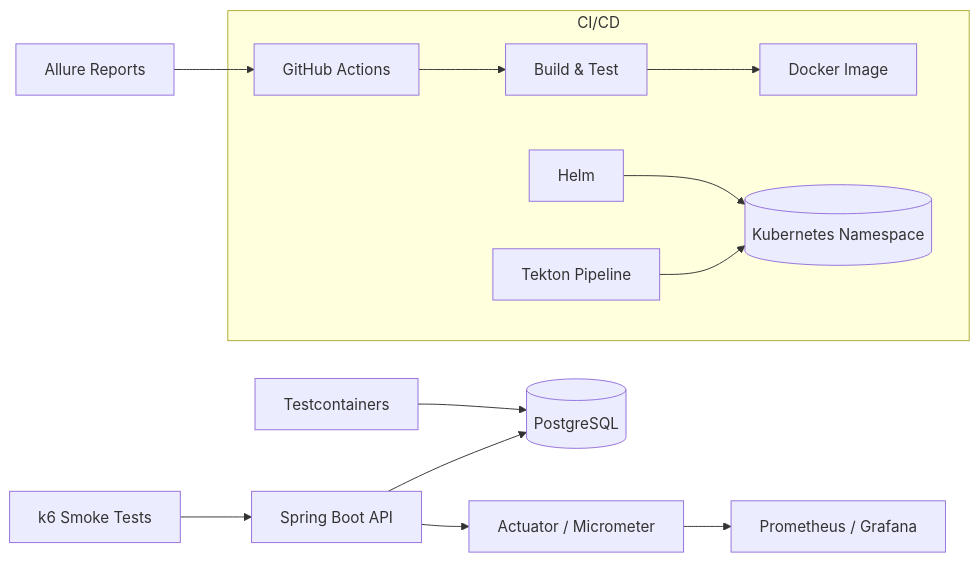
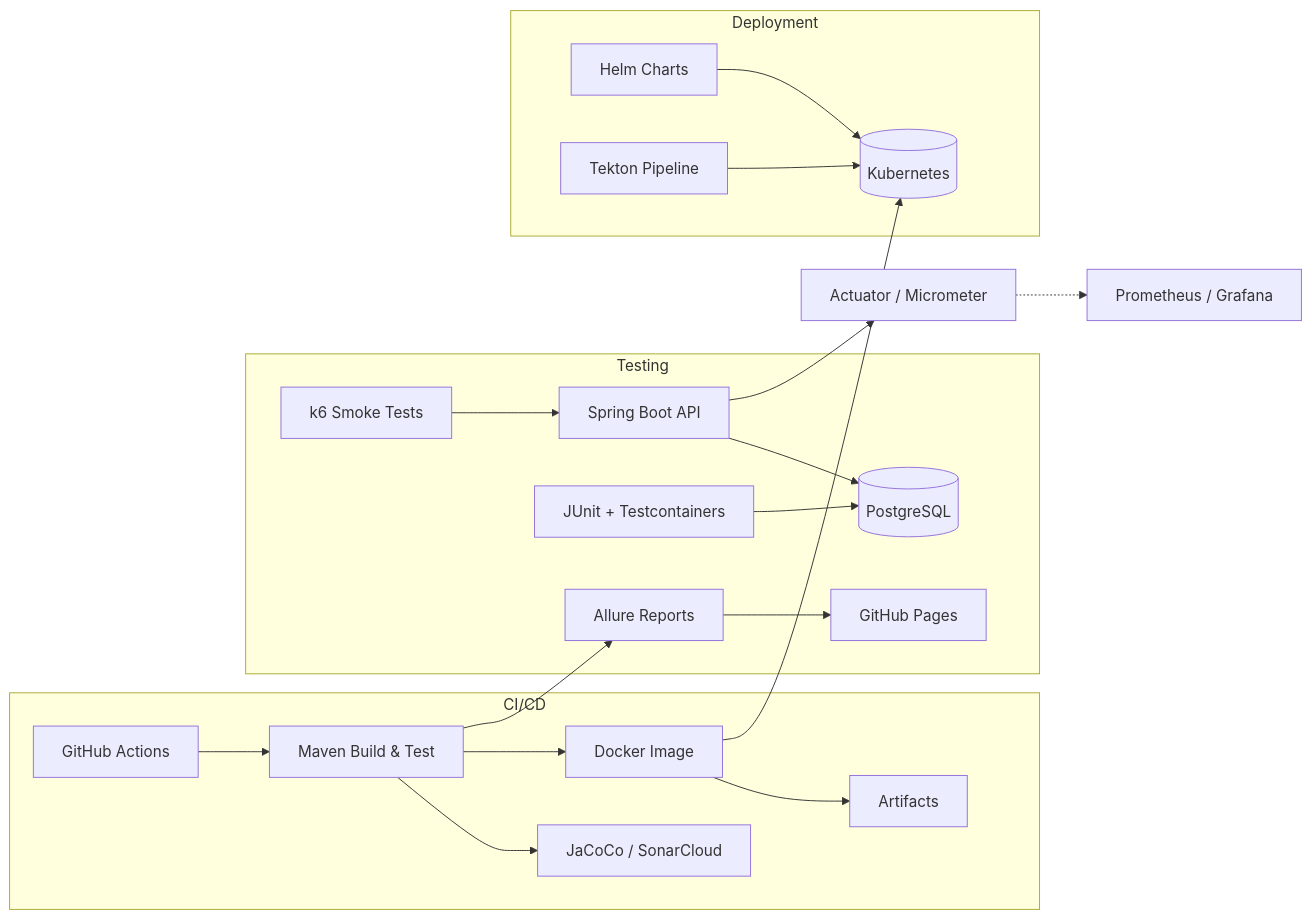
The diagram in README.md (DMDwyer/devstream-portfolio), drawn with Mermaid before and after one commit. The commit also changed other lines of this file and 4 other files, not shown here.

`````diff
--- a/README.md
+++ b/README.md
@@ -30,17 +30,26 @@
 ````mermaid
 flowchart LR
   API[Spring Boot API] --> DB[(PostgreSQL)]
   API --> Metrics[Actuator / Micrometer]
-  Metrics --> Prom[Prometheus / Grafana]
+  Metrics -.-> Prom[Prometheus / Grafana]
 
   subgraph CI/CD
-    GH[GitHub Actions] --> Build[Build & Test]
-    Build --> Image[Docker Image]
-    Helm --> K8s[(Kubernetes Namespace)]
-    Tekton[Tekton Pipeline] --> K8s
+    GH[GitHub Actions] --> Build[Maven Build & Test]
+    Build --> Coverage[JaCoCo / SonarCloud]
+    Build --> Docker[Docker Image]
+    Docker --> Artifacts[Artifacts]
   end
 
-  k6[k6 Smoke Tests] --> API
-  Testcontainers[Testcontainers] --> DB
-  Allure[Allure Reports] --> GH
+  subgraph Testing
+    Test[JUnit + Testcontainers] --> DB
+    k6[k6 Smoke Tests] --> API
+    Build --> Reports[Allure Reports]
+    Reports --> Pages[GitHub Pages]
+  end
+
+  subgraph Deployment
+    Helm[Helm Charts] --> K8s[(Kubernetes)]
+    Tekton[Tekton Pipeline] --> K8s
+    Docker --> K8s
+  end
 ````
`````
